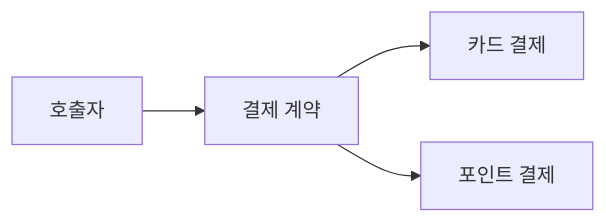
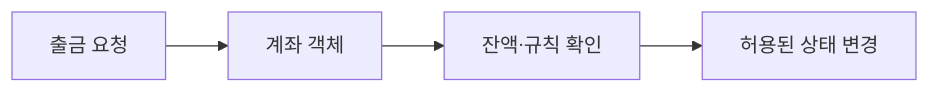
One commit to moocongpapa/it-study changed the diagram in content/topics/oop-principles.md. Above: the diagram before and after it, drawn with Mermaid. The commit also changed other lines of this file and 71 other files, not shown here.

````diff
--- a/content/topics/oop-principles.md
+++ b/content/topics/oop-principles.md
@@ -6,6 +20,4 @@
 ```mermaid
 flowchart LR
-  C["호출자"] --> I["결제 계약"]
-  I --> A["카드 결제"]
-  I --> B["포인트 결제"]
+ A["출금 요청"] --> B["계좌 객체"] --> C["잔액·규칙 확인"] --> D["허용된 상태 변경"]
 ```
````
